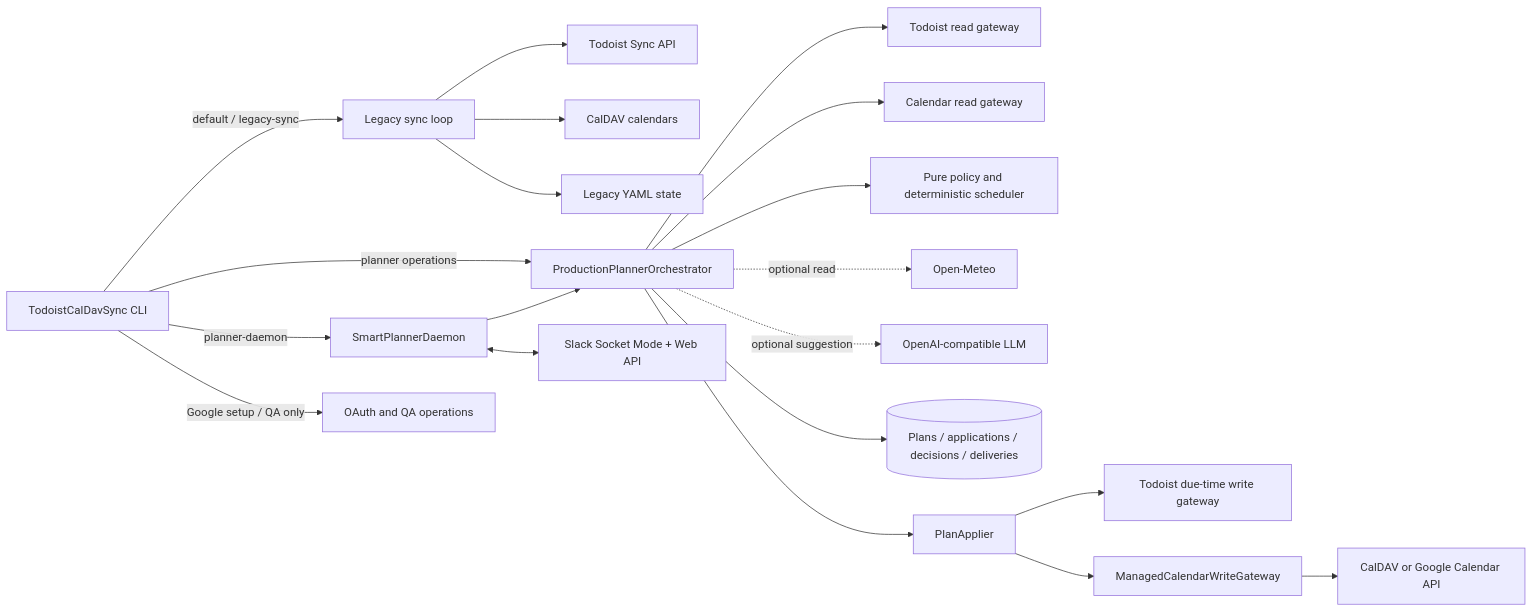
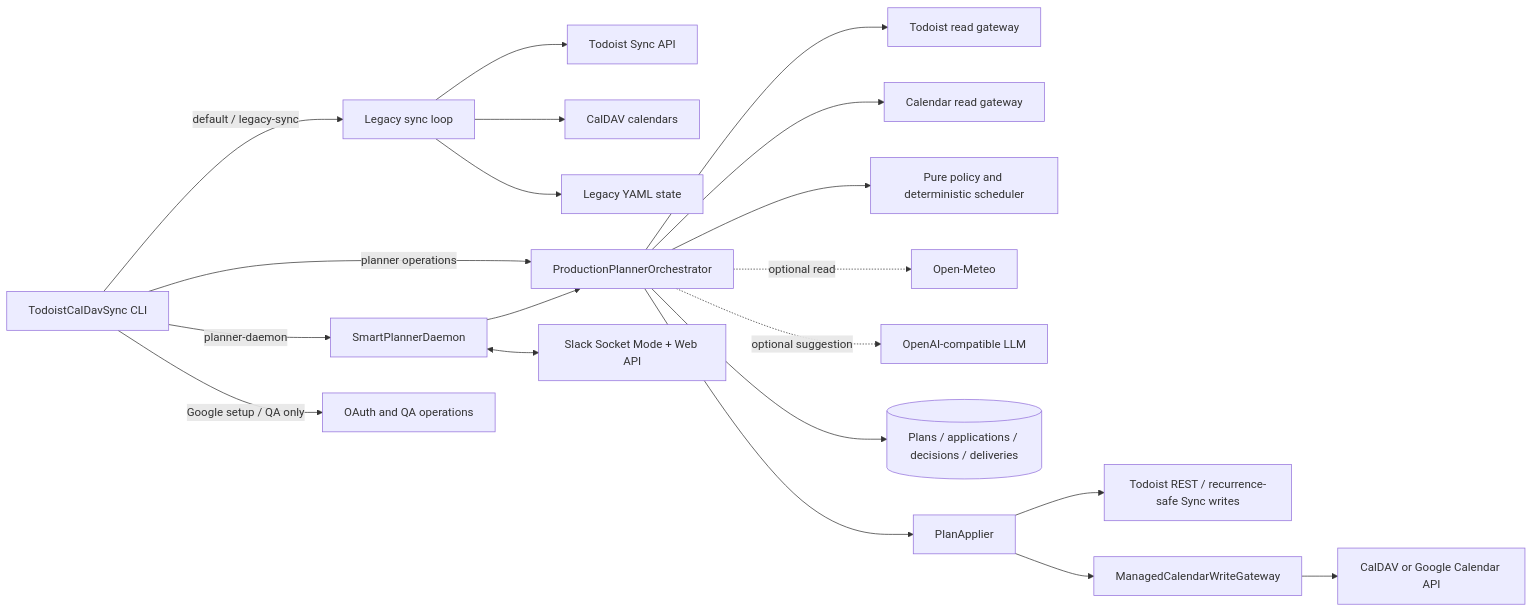
The first of 9 diagrams in ARCHITECTURE.md (justinfiore/todoist-calendar-sync), drawn with Mermaid before and after one commit. The commit also changed other lines of this file and 7 other files, not shown here.

````diff
--- a/ARCHITECTURE.md
+++ b/ARCHITECTURE.md
@@ -35,26 +35,26 @@
 ```mermaid
 flowchart LR
     CLI[TodoistCalDavSync CLI] -->|default / legacy-sync| Legacy[Legacy sync loop]
     CLI -->|planner operations| Orch[ProductionPlannerOrchestrator]
     CLI -->|planner-daemon| Daemon[SmartPlannerDaemon]
     CLI -->|Google setup / QA only| OAuth[OAuth and QA operations]
 
     Legacy --> TSync[Todoist Sync API]
     Legacy --> LCal[CalDAV calendars]
     Legacy --> LState[Legacy YAML state]
 
     Daemon --> Orch
     Daemon <--> Slack[Slack Socket Mode + Web API]
 
     Orch --> TRead[Todoist read gateway]
     Orch --> CRead[Calendar read gateway]
     Orch --> Core[Pure policy and deterministic scheduler]
     Orch -. optional read .-> Weather[Open-Meteo]
     Orch -. optional suggestion .-> AI[OpenAI-compatible LLM]
     Orch --> Stores[(Plans / applications / decisions / deliveries)]
     Orch --> Apply[PlanApplier]
 
-    Apply --> TWrite[Todoist due-time write gateway]
+    Apply --> TWrite[Todoist REST / recurrence-safe Sync writes]
     Apply --> Managed[ManagedCalendarWriteGateway]
     Managed --> CWrite[CalDAV or Google Calendar API]
 ```
````
